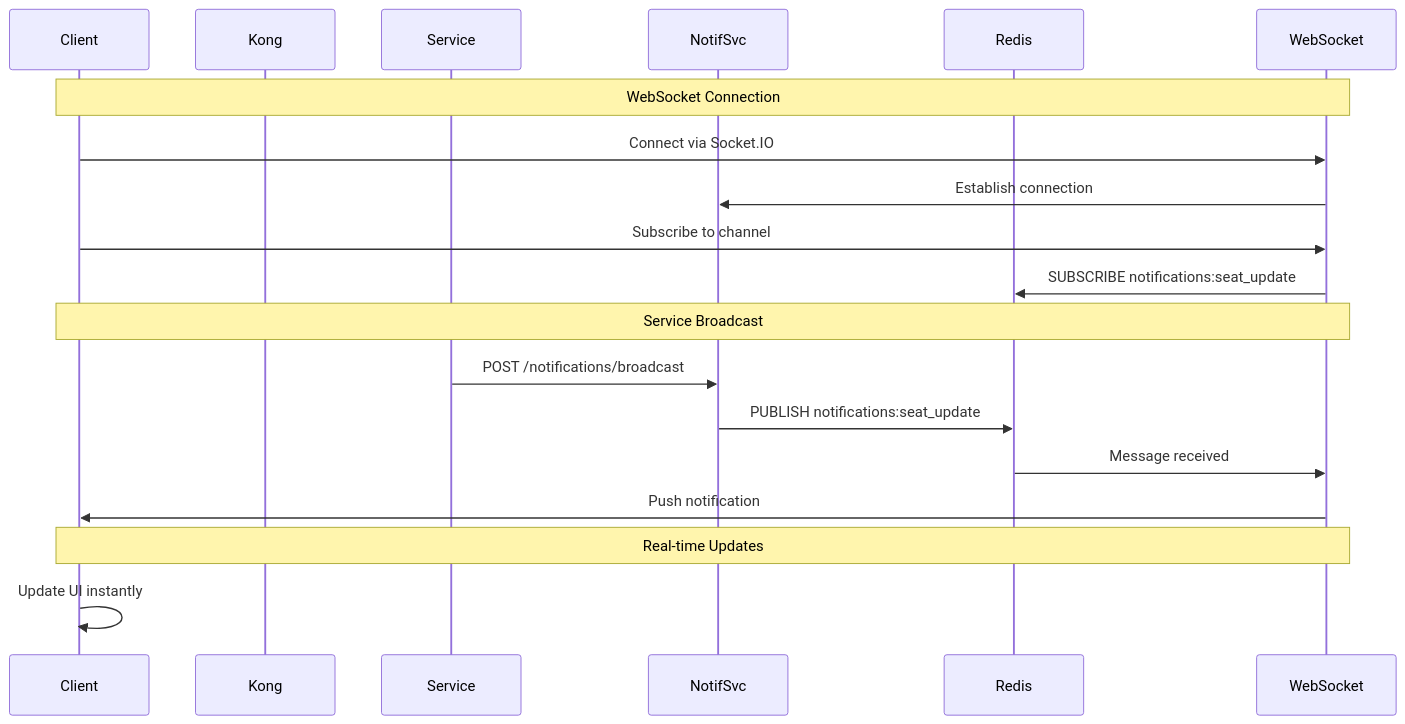
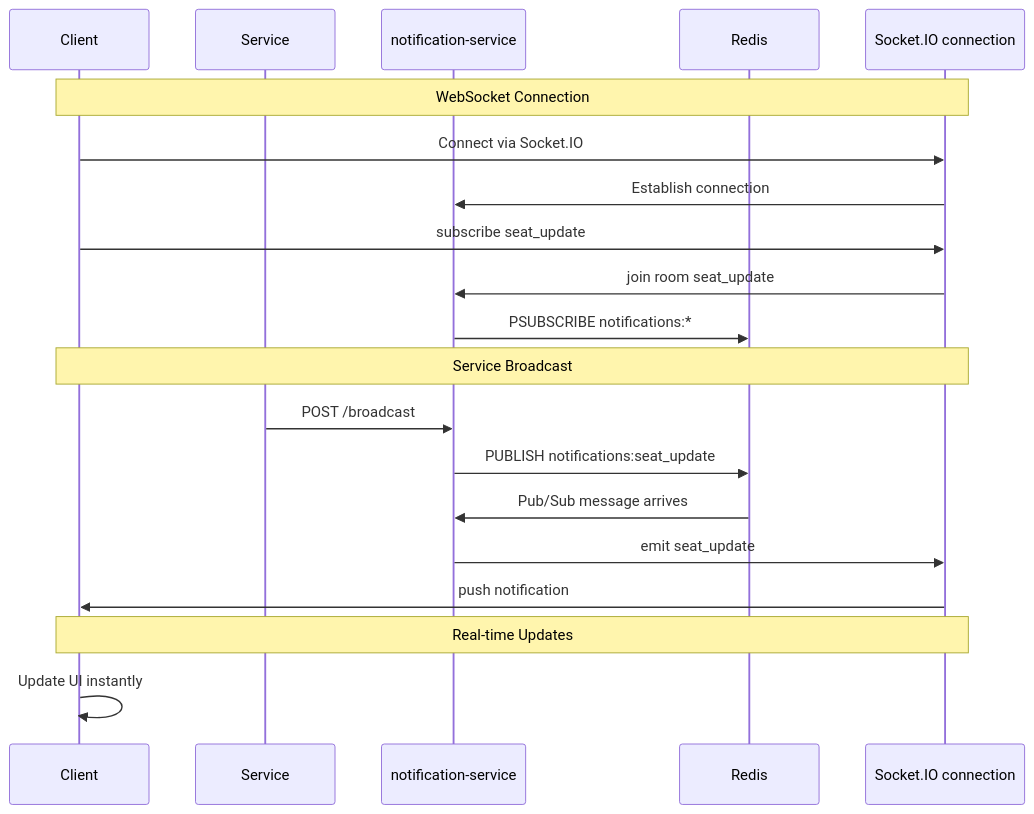
The diagram in diagrams/notification_realtime_flow.mmd (bryanseah234/ticketremaster-b), drawn with Mermaid before and after one commit. The commit also changed 50 other files, not shown here.

```diff
--- a/diagrams/notification_realtime_flow.mmd
+++ b/diagrams/notification_realtime_flow.mmd
@@ -1,22 +1,23 @@
 sequenceDiagram
     participant Client
-    participant Kong
     participant Service
-    participant NotifSvc
+    participant NotifSvc as notification-service
     participant Redis
-    participant WebSocket
+    participant Socket as Socket.IO connection
 
-    Note over Client,WebSocket: WebSocket Connection
-    Client->>WebSocket: Connect via Socket.IO
-    WebSocket->>NotifSvc: Establish connection
-    Client->>WebSocket: Subscribe to channel
-    WebSocket->>Redis: SUBSCRIBE notifications:seat_update
+    Note over Client,Socket: WebSocket Connection
+    Client->>Socket: Connect via Socket.IO
+    Socket->>NotifSvc: Establish connection
+    Client->>Socket: subscribe seat_update
+    Socket->>NotifSvc: join room seat_update
+    NotifSvc->>Redis: PSUBSCRIBE notifications:*
 
-    Note over Client,WebSocket: Service Broadcast
-    Service->>NotifSvc: POST /notifications/broadcast
+    Note over Client,Socket: Service Broadcast
+    Service->>NotifSvc: POST /broadcast
     NotifSvc->>Redis: PUBLISH notifications:seat_update
-    Redis->>WebSocket: Message received
-    WebSocket->>Client: Push notification
+    Redis->>NotifSvc: Pub/Sub message arrives
+    NotifSvc->>Socket: emit seat_update
+    Socket->>Client: push notification
 
-    Note over Client,WebSocket: Real-time Updates
+    Note over Client,Socket: Real-time Updates
     Client->>Client: Update UI instantly
```
